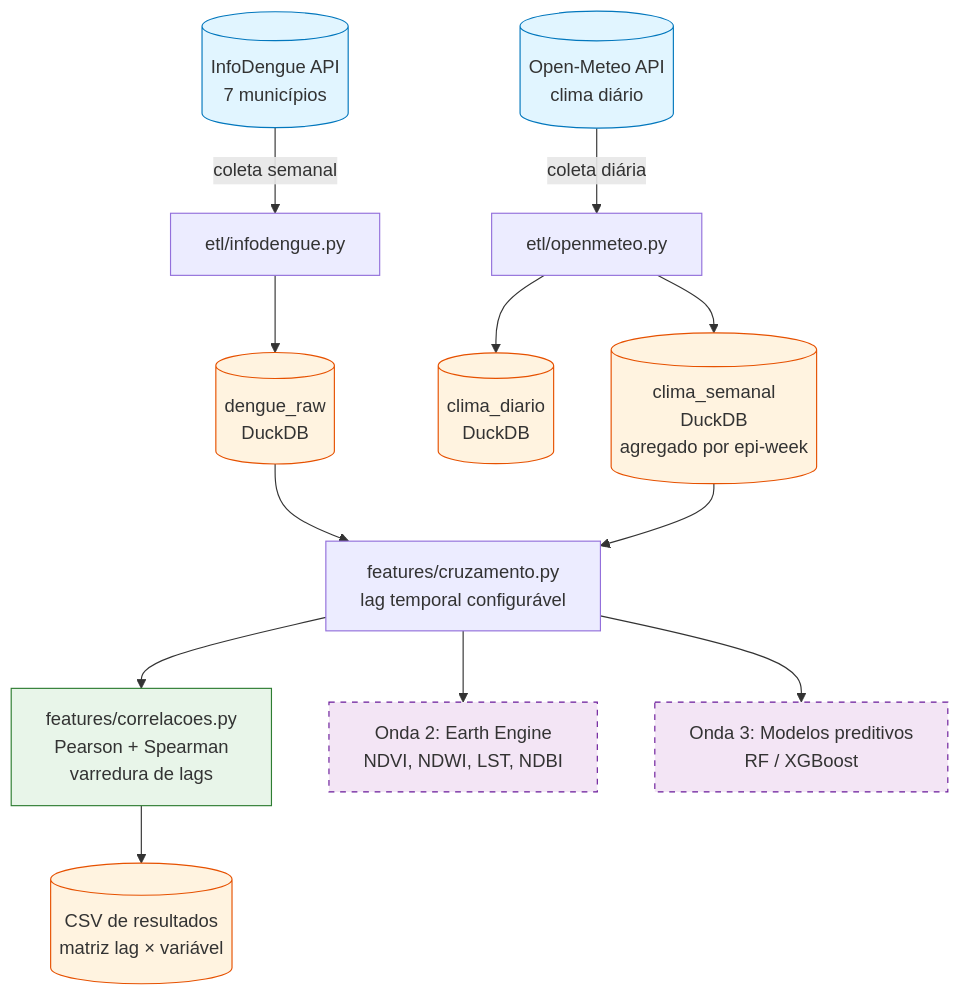
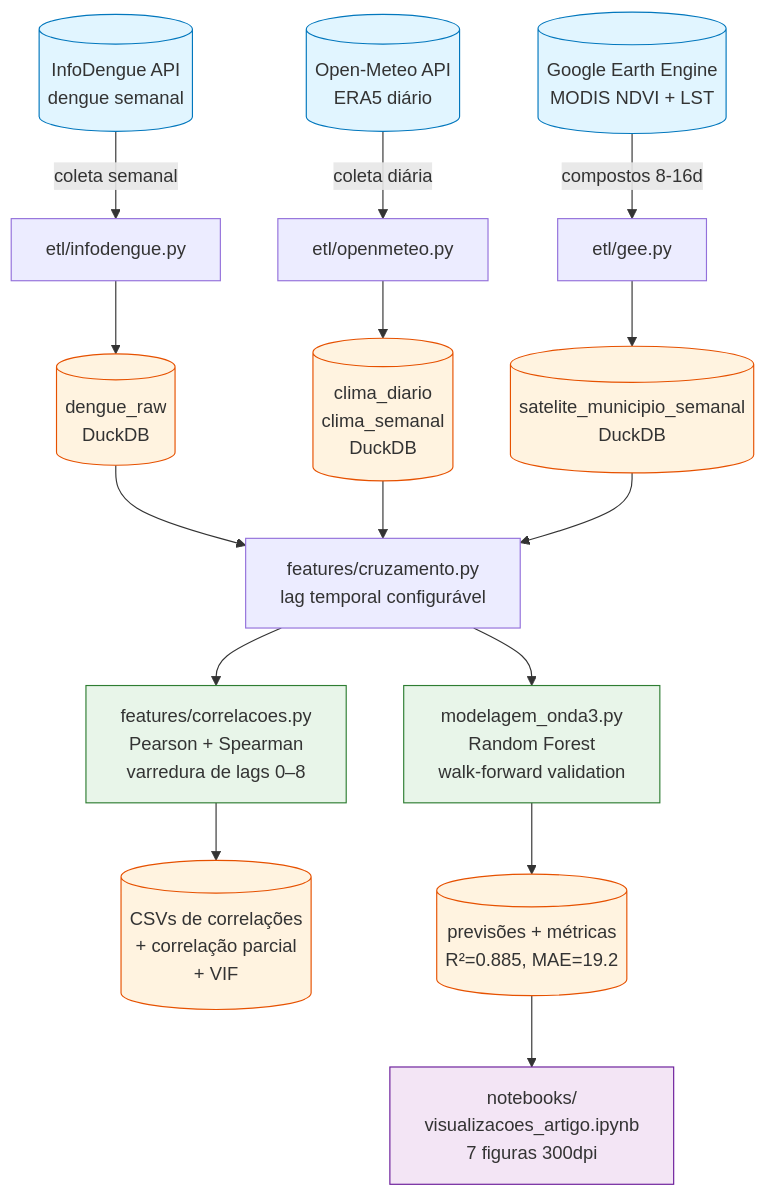
One commit to 220719/observatorio-dengue changed the diagram in README.md. Above: the diagram before and after it, drawn with Mermaid. The commit also changed other lines of this file, not shown here.

````diff
--- a/README.md
+++ b/README.md
@@ -24,30 +76,39 @@
 ```mermaid
 flowchart TD
-    A[("InfoDengue API<br/>7 municípios")]
-    B[("Open-Meteo API<br/>clima diário")]
+    A[("InfoDengue API<br/>dengue semanal")]
+    B[("Open-Meteo API<br/>ERA5 diário")]
+    C[("Google Earth Engine<br/>MODIS NDVI + LST")]
 
-    A -->|coleta semanal| C["etl/infodengue.py"]
-    B -->|coleta diária| D["etl/openmeteo.py"]
+    A -->|coleta semanal| D["etl/infodengue.py"]
+    B -->|coleta diária| E["etl/openmeteo.py"]
+    C -->|compostos 8-16d| F["etl/gee.py"]
 
-    C --> E[("dengue_raw<br/>DuckDB")]
-    D --> F[("clima_diario<br/>DuckDB")]
-    D --> G[("clima_semanal<br/>DuckDB<br/>agregado por epi-week")]
+    D --> G[("dengue_raw<br/>DuckDB")]
+    E --> H[("clima_diario<br/>clima_semanal<br/>DuckDB")]
+    F --> I[("satelite_municipio_semanal<br/>DuckDB")]
 
-    E --> H["features/cruzamento.py<br/>lag temporal configurável"]
-    G --> H
+    G --> J["features/cruzamento.py<br/>lag temporal configurável"]
+    H --> J
+    I --> J
 
-    H --> I["features/correlacoes.py<br/>Pearson + Spearman<br/>varredura de lags"]
-    I --> L[("CSV de resultados<br/>matriz lag × variável")]
-    H --> J["Onda 2: Earth Engine<br/>NDVI, NDWI, LST, NDBI"]
-    H --> K["Onda 3: Modelos preditivos<br/>RF / XGBoost"]
+    J --> K["features/correlacoes.py<br/>Pearson + Spearman<br/>varredura de lags 0–8"]
+
+    J --> L["modelagem_onda3.py<br/>Random Forest<br/>walk-forward validation"]
+
+    K --> M[("CSVs de correlações<br/>+ correlação parcial<br/>+ VIF")]
+    L --> N[("previsões + métricas<br/>R²=0.885, MAE=19.2")]
+
+    N --> O["notebooks/<br/>visualizacoes_artigo.ipynb<br/>7 figuras 300dpi"]
 
     style A fill:#e1f5ff,stroke:#0277bd
     style B fill:#e1f5ff,stroke:#0277bd
-    style E fill:#fff3e0,stroke:#e65100
-    style F fill:#fff3e0,stroke:#e65100
+    style C fill:#e1f5ff,stroke:#0277bd
     style G fill:#fff3e0,stroke:#e65100
-    style I fill:#e8f5e9,stroke:#2e7d32
-    style L fill:#fff3e0,stroke:#e65100
-    style J fill:#f3e5f5,stroke:#6a1b9a,stroke-dasharray: 5 5
-    style K fill:#f3e5f5,stroke:#6a1b9a,stroke-dasharray: 5 5
+    style H fill:#fff3e0,stroke:#e65100
+    style I fill:#fff3e0,stroke:#e65100
+    style K fill:#e8f5e9,stroke:#2e7d32
+    style L fill:#e8f5e9,stroke:#2e7d32
+    style M fill:#fff3e0,stroke:#e65100
+    style N fill:#fff3e0,stroke:#e65100
+    style O fill:#f3e5f5,stroke:#6a1b9a
 ```
````
